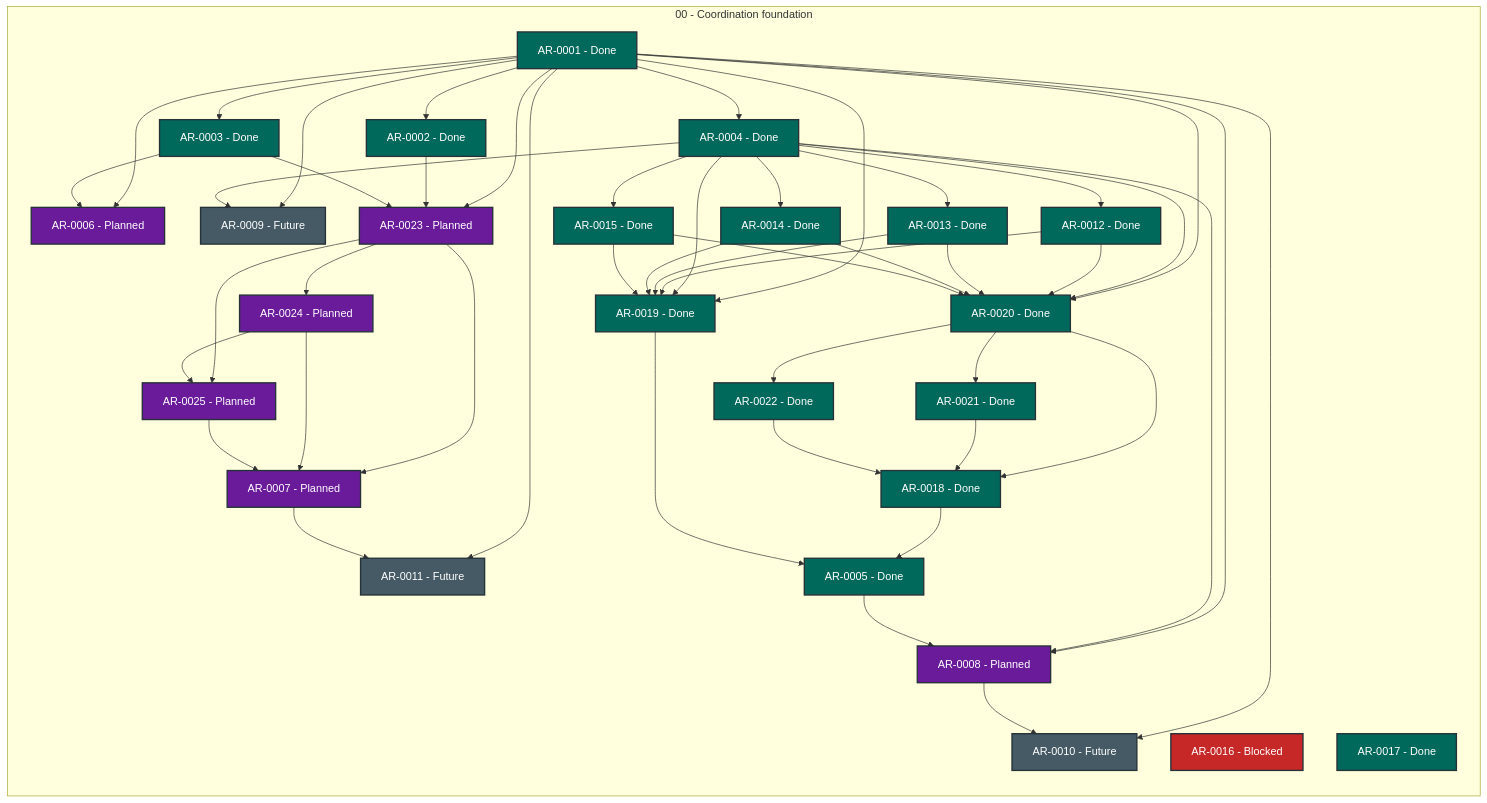
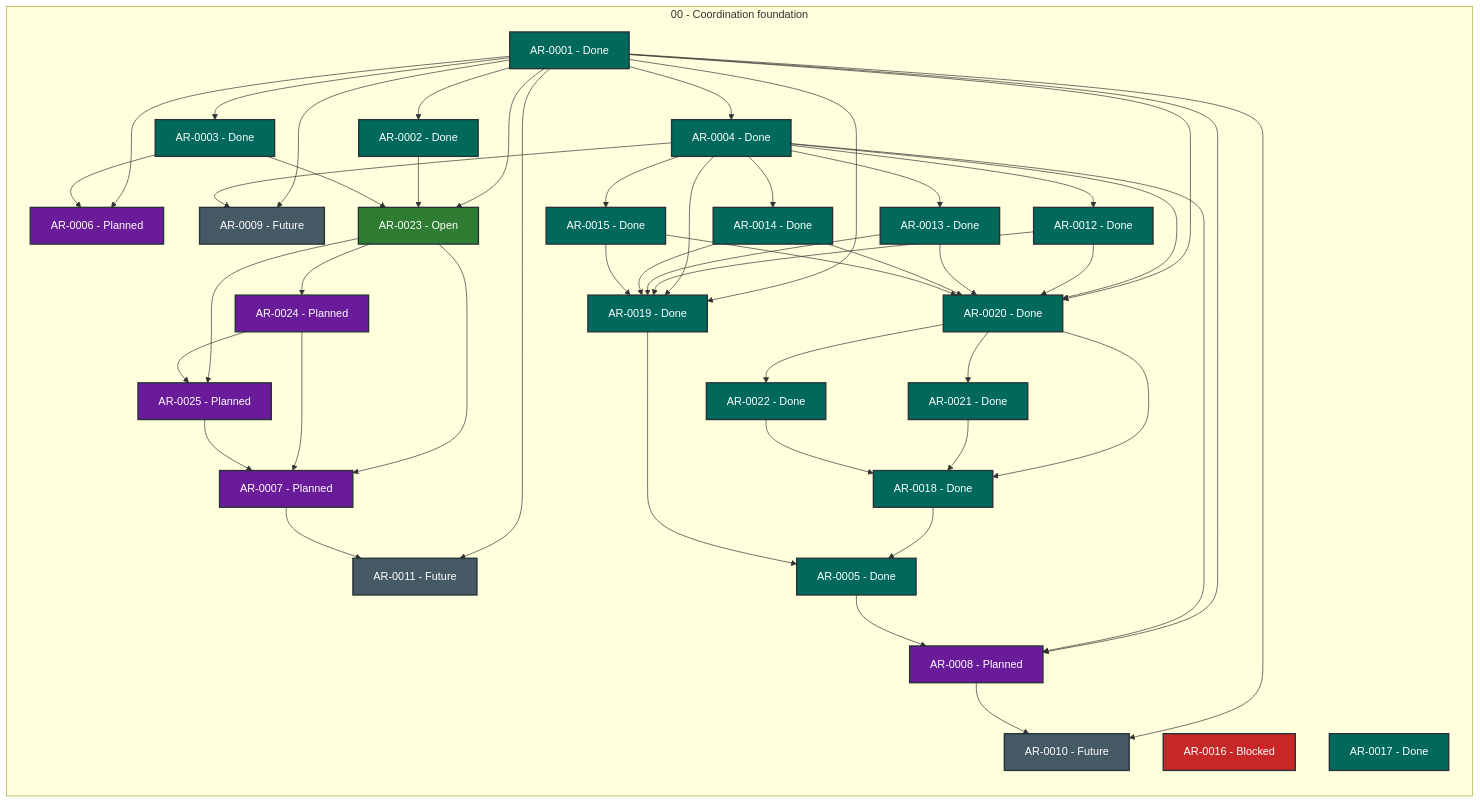
The diagram in STATUS.md (martin-beck/agent-workflow-quality-state), drawn with Mermaid before and after one commit. The commit also changed other lines of this file and 2 other files, not shown here.

```diff
--- a/STATUS.md
+++ b/STATUS.md
@@ -50,7 +50,7 @@
         AR_0020["AR-0020 - Done"]:::status_done
         AR_0021["AR-0021 - Done"]:::status_done
         AR_0022["AR-0022 - Done"]:::status_done
-        AR_0023["AR-0023 - Planned"]:::status_planned
+        AR_0023["AR-0023 - Open"]:::status_open
         AR_0024["AR-0024 - Planned"]:::status_planned
         AR_0025["AR-0025 - Planned"]:::status_planned
     end
```
